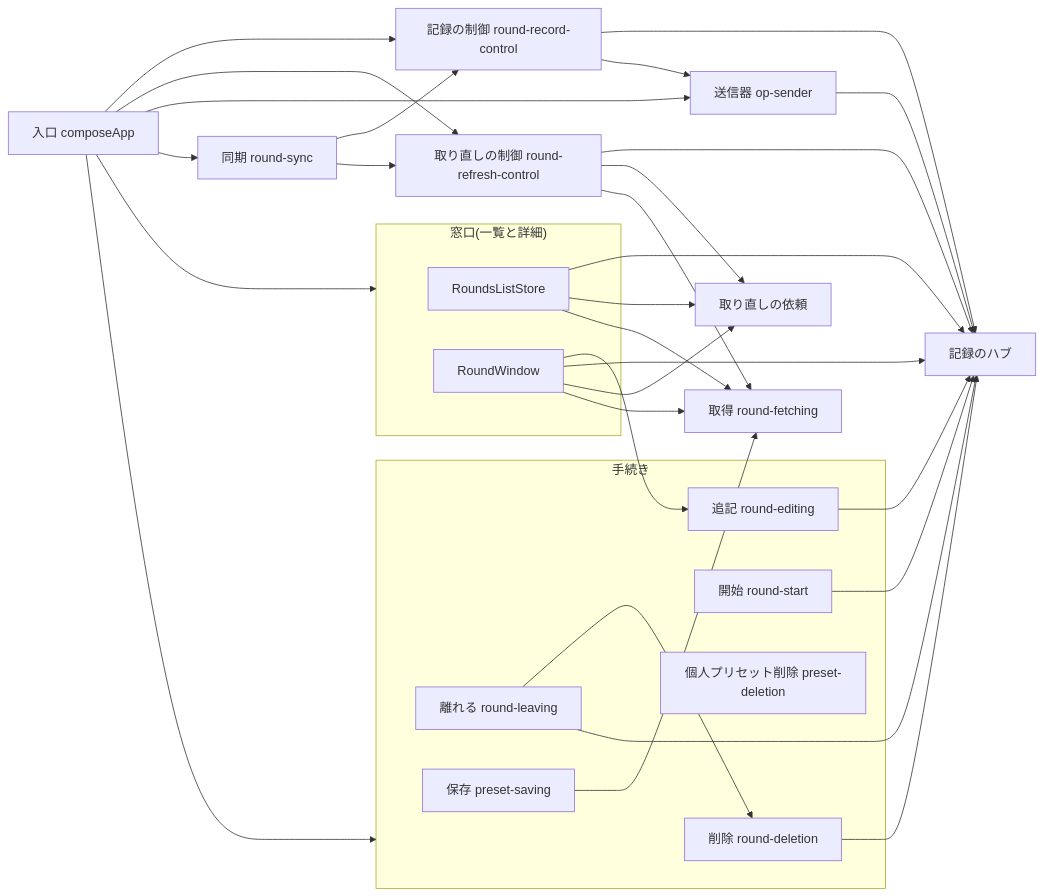
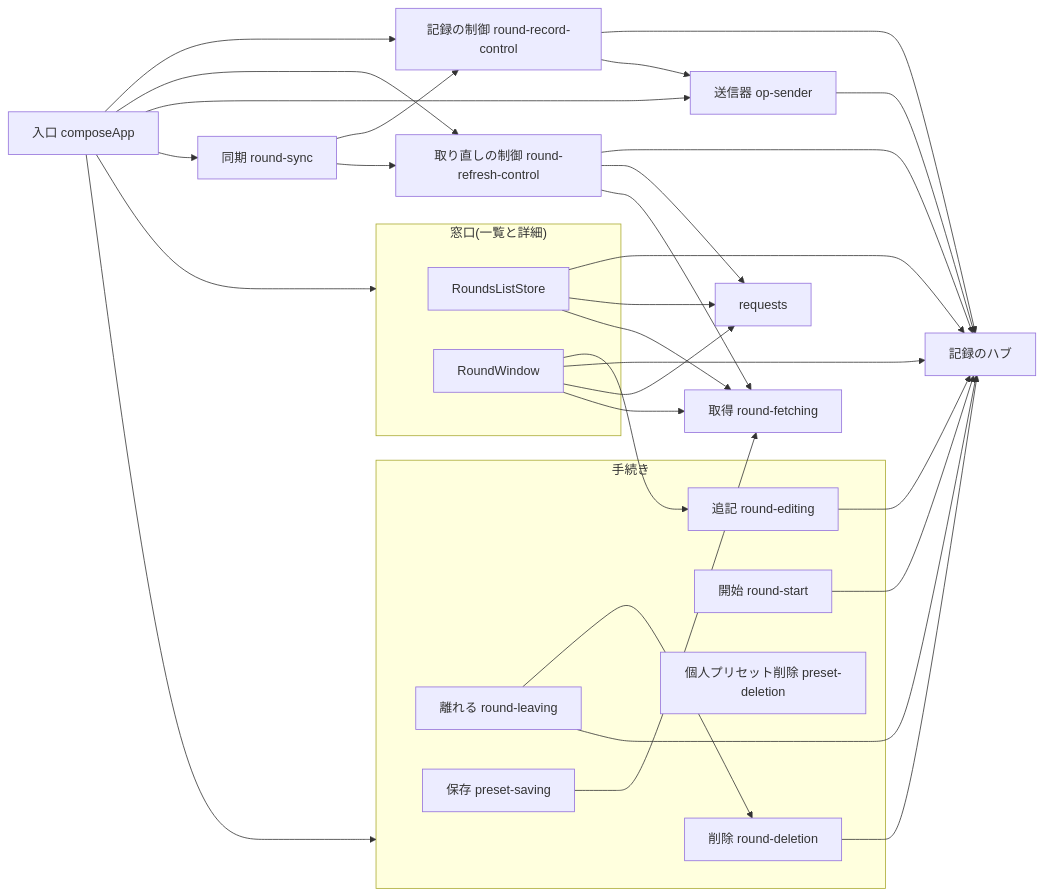
The diagram in docs/features/rounds/design.md (yukiyamasaki6/aims), drawn with Mermaid before and after one commit. The commit also changed other lines of this file and 16 other files, not shown here.

````diff
--- a/docs/features/rounds/design.md
+++ b/docs/features/rounds/design.md
@@ -14,50 +14,49 @@
 ```mermaid
 flowchart LR
   compose["入口 composeApp"]
   subgraph stores["窓口(一覧と詳細)"]
     list["RoundsListStore"]
     detail["RoundWindow"]
   end
   subgraph procedures["手続き"]
     deletion["削除 round-deletion"]
     leaving["離れる round-leaving"]
     start["開始 round-start"]
     presetDeletion["個人プリセット削除 preset-deletion"]
     presetSaving["保存 preset-saving"]
     editing["追記 round-editing"]
   end
   hub["記録のハブ"]
-  requests["取り直しの依頼"]
   fetching["取得 round-fetching"]
   control["記録の制御 round-record-control"]
   refreshControl["取り直しの制御 round-refresh-control"]
   sender["送信器 op-sender"]
   sync["同期 round-sync"]
   compose --> stores
   compose --> procedures
   compose --> control
   compose --> refreshControl
   compose --> sender
   compose --> sync
   list --> hub
   list --> requests
   list --> fetching
   detail --> editing
   detail --> hub
   detail --> requests
   detail --> fetching
   leaving --> deletion
   leaving --> hub
   deletion --> hub
   start --> hub
   editing --> hub
   presetSaving --> fetching
   control --> hub
   control --> sender
   sender --> hub
   refreshControl --> hub
   refreshControl --> requests
   refreshControl --> fetching
   sync --> control
   sync --> refreshControl
 ```
````
